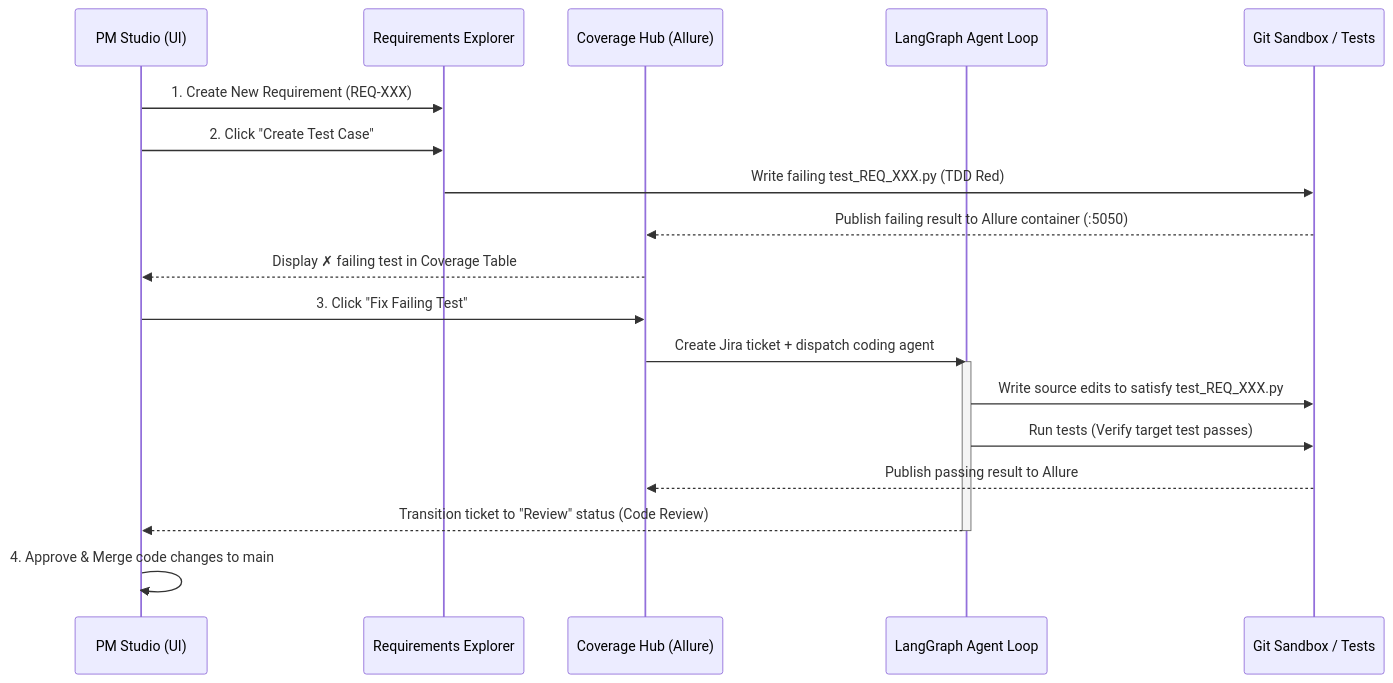
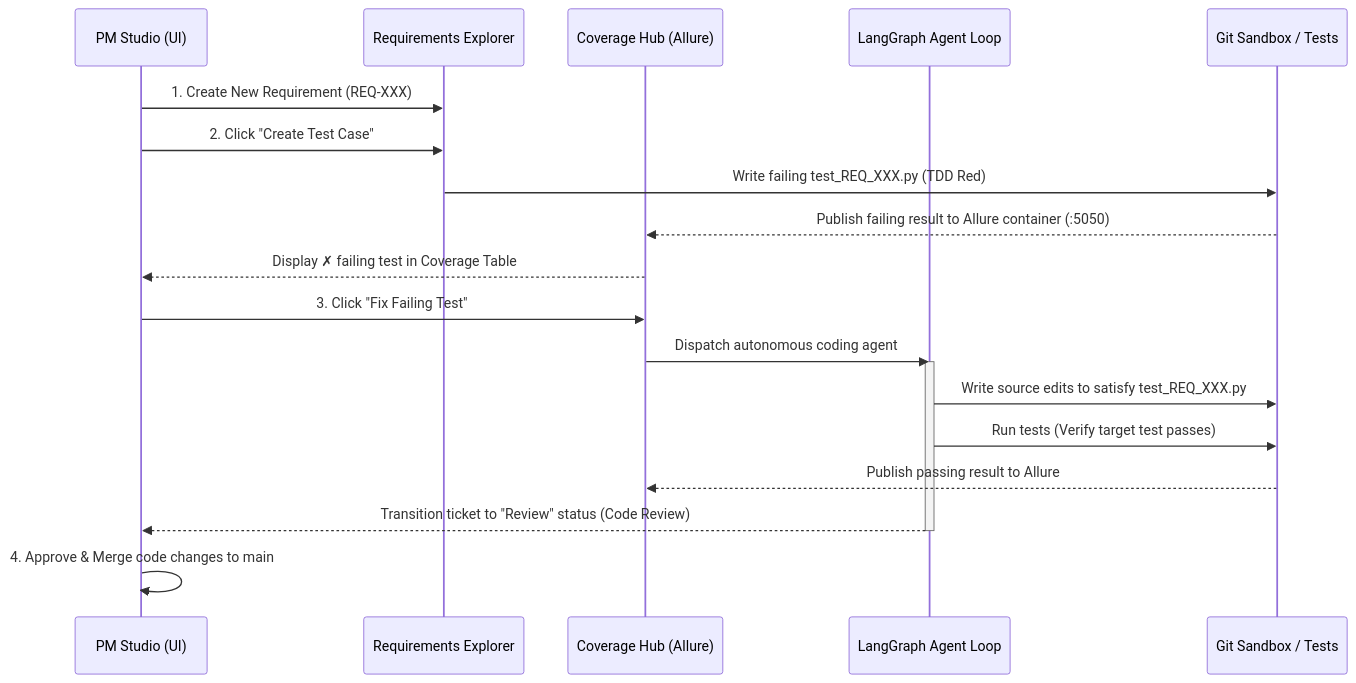
One commit to AlbinAhlstrom/provable changed the diagram in vault/02-Workflows/Shift-Left TDD Workflow.md. Above: the diagram before and after it, drawn with Mermaid. The commit also changed other lines of this file and 57 other files, not shown here.

Commit message:
feat: complete cosmic python architecture, dynamic domain generator, and pm studio handover

````diff
--- a/vault/02-Workflows/Shift-Left TDD Workflow.md
+++ b/vault/02-Workflows/Shift-Left TDD Workflow.md
@@ -5,23 +5,23 @@
 ```mermaid
 sequenceDiagram
     participant PM as PM Studio (UI)
     participant ReqList as Requirements Explorer
     participant AllureHub as Coverage Hub (Allure)
     participant Agent as LangGraph Agent Loop
     participant Workspace as Git Sandbox / Tests
 
     PM->>ReqList: 1. Create New Requirement (REQ-XXX)
     PM->>ReqList: 2. Click "Create Test Case"
     ReqList->>Workspace: Write failing test_REQ_XXX.py (TDD Red)
     Workspace-->>AllureHub: Publish failing result to Allure container (:5050)
     AllureHub-->>PM: Display ✗ failing test in Coverage Table
     PM->>AllureHub: 3. Click "Fix Failing Test"
-    AllureHub->>Agent: Create Jira ticket + dispatch coding agent
+    AllureHub->>Agent: Dispatch autonomous coding agent
     activate Agent
     Agent->>Workspace: Write source edits to satisfy test_REQ_XXX.py
     Agent->>Workspace: Run tests (Verify target test passes)
     Workspace-->>AllureHub: Publish passing result to Allure
     Agent-->>PM: Transition ticket to "Review" status (Code Review)
     deactivate Agent
     PM->>PM: 4. Approve & Merge code changes to main
 ```
````
